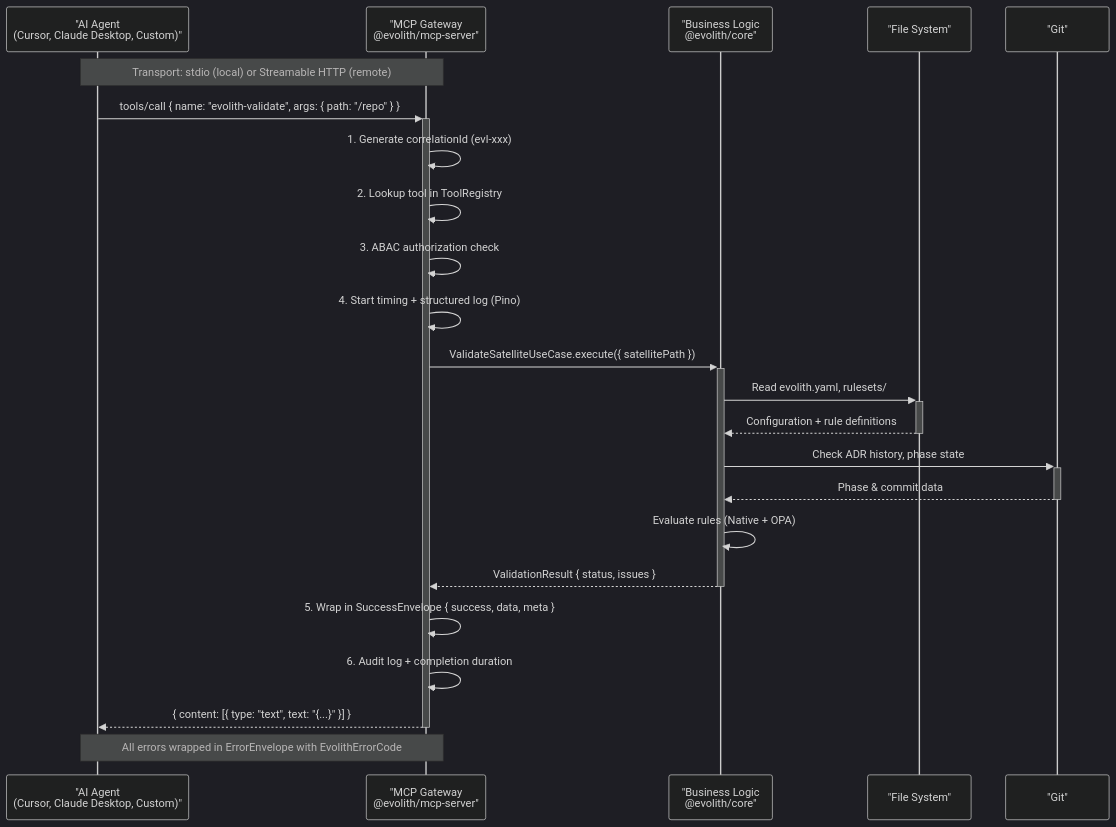
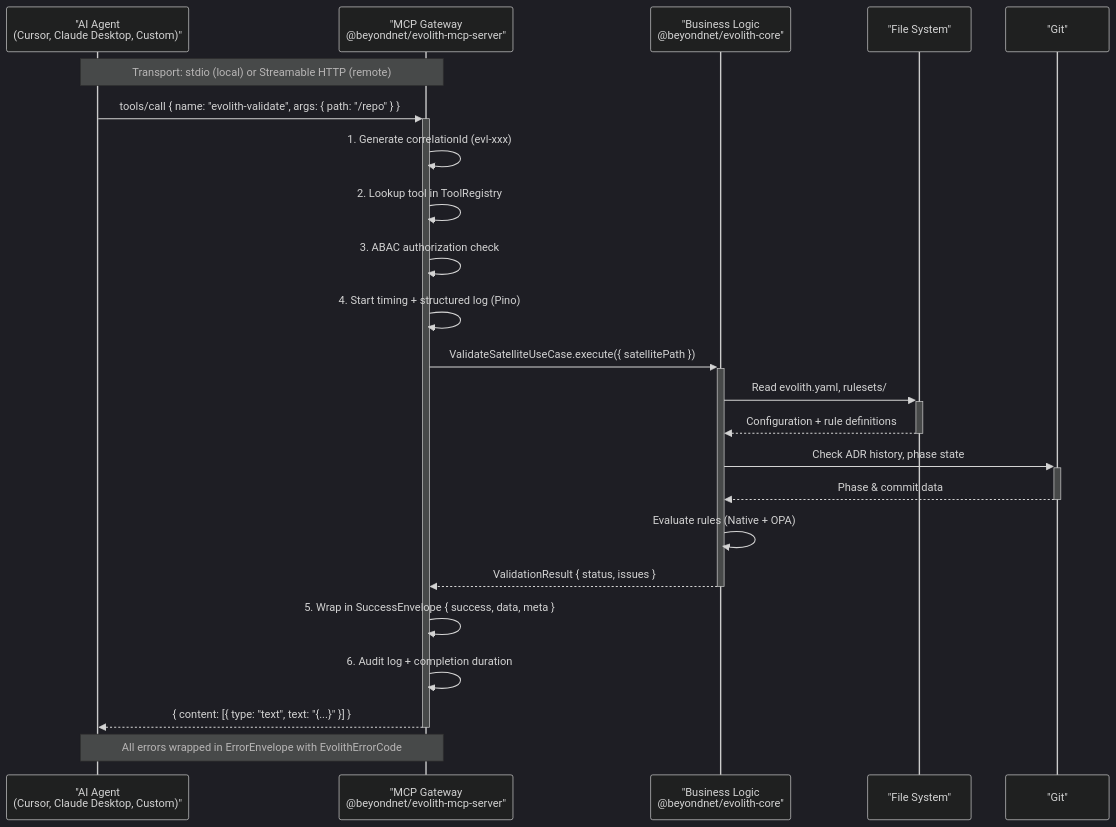
One commit to beyondnetcode/evolith_arch32 changed the diagram in src/packages/mcp-server/README.md. Above: the diagram before and after it, drawn with Mermaid (dark theme). The commit also changed other lines of this file and 195 other files, not shown here.

````diff
--- a/src/packages/mcp-server/README.md
+++ b/src/packages/mcp-server/README.md
@@ -34,34 +34,34 @@
 ```mermaid
 sequenceDiagram
     participant Agent as "AI Agent<br/>(Cursor, Claude Desktop, Custom)"
-    participant Gateway as "MCP Gateway<br/>@evolith/mcp-server"
-    participant Core as "Business Logic<br/>@evolith/core"
+    participant Gateway as "MCP Gateway<br/>@beyondnet/evolith-mcp-server"
+    participant Core as "Business Logic<br/>@beyondnet/evolith-core"
     participant FS as "File System"
     participant Git as "Git"
 
     Note over Agent,Gateway: Transport: stdio (local) or Streamable HTTP (remote)
 
     Agent->>+Gateway: tools/call { name: "evolith-validate", args: { path: "/repo" } }
 
     Gateway->>Gateway: 1. Generate correlationId (evl-xxx)
     Gateway->>Gateway: 2. Lookup tool in ToolRegistry
     Gateway->>Gateway: 3. ABAC authorization check
     Gateway->>Gateway: 4. Start timing + structured log (Pino)
 
     Gateway->>+Core: ValidateSatelliteUseCase.execute({ satellitePath })
     Core->>+FS: Read evolith.yaml, rulesets/
     FS-->>-Core: Configuration + rule definitions
 
     Core->>+Git: Check ADR history, phase state
     Git-->>-Core: Phase & commit data
 
     Core->>Core: Evaluate rules (Native + OPA)
     Core-->>-Gateway: ValidationResult { status, issues }
 
     Gateway->>Gateway: 5. Wrap in SuccessEnvelope { success, data, meta }
     Gateway->>Gateway: 6. Audit log + completion duration
 
     Gateway-->>-Agent: { content: [{ type: "text", text: "{...}" }] }
 
     Note over Agent,Gateway: All errors wrapped in ErrorEnvelope with EvolithErrorCode
 ```
````
